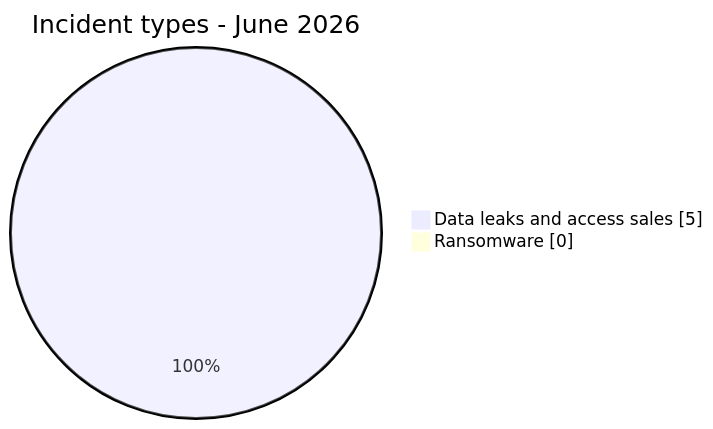
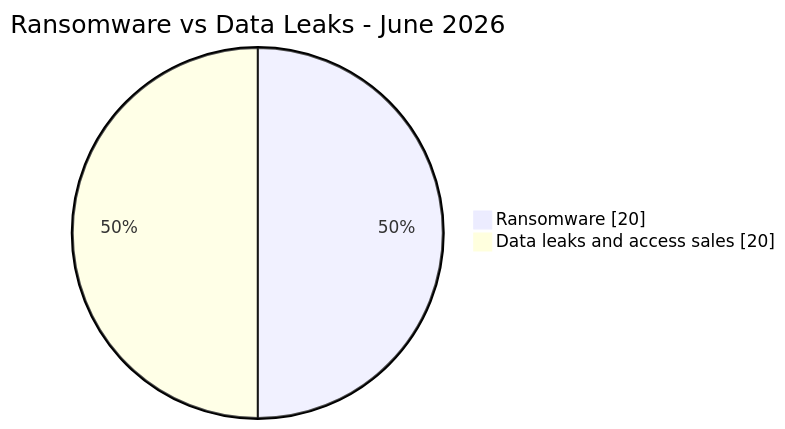
Before and after one commit to Hatchepsoute/AFRINTEL: the second of 4 diagrams in CyberAttackAfrica/2026/06-june/README.md, drawn with Mermaid. The commit also changed other lines of this file and 18 other files, not shown here.

````diff
--- a/CyberAttackAfrica/2026/06-june/README.md
+++ b/CyberAttackAfrica/2026/06-june/README.md
@@ -71,6 +150,6 @@
 ```mermaid
 pie showData
-    title Incident types - June 2026
-    "Data leaks and access sales" : 5
-    "Ransomware" : 0
+ title Ransomware vs Data Leaks - June 2026
+ "Ransomware" : 20
+ "Data leaks and access sales" : 20
 ```
````
